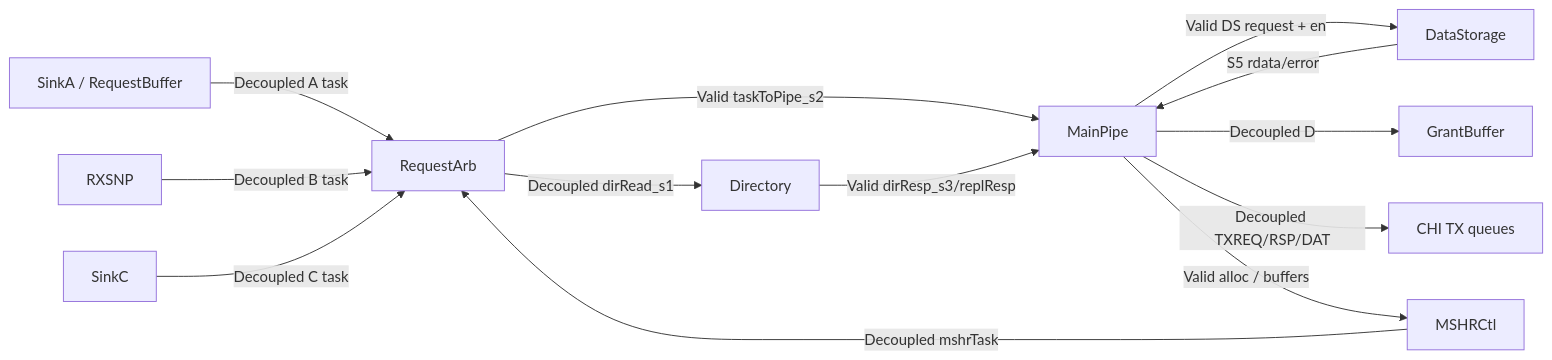
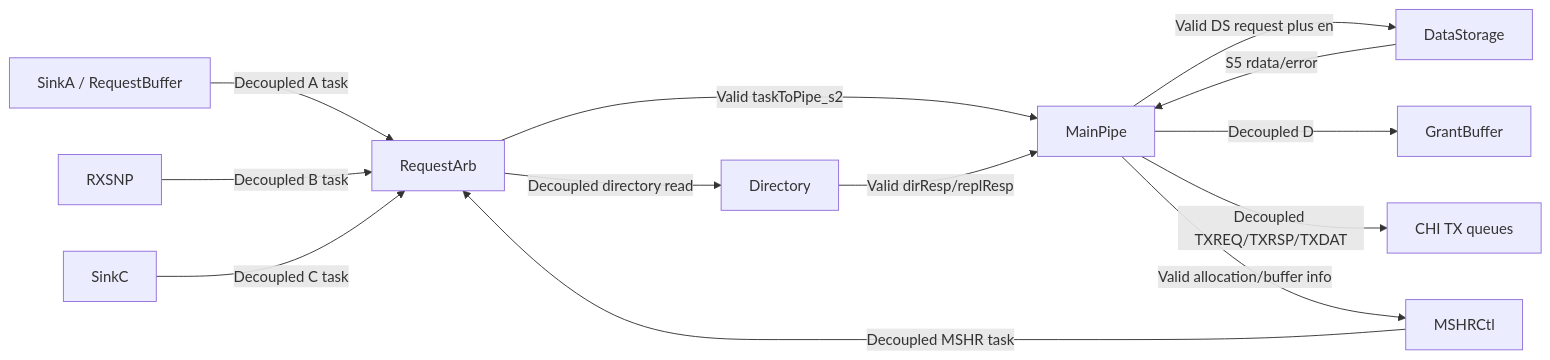
Before and after one commit to OpenXiangShan/XiangShanLab: the second of 2 diagrams in xiangshan-course/docs-en/4-xiangshan-microarchitecture-analysis/3-xiangshan-source-code-analysis/cache/Cache-MainPipe.md, drawn with Mermaid. The commit also changed other lines of this file and 176 other files, not shown here.

````diff
--- a/xiangshan-course/docs-en/4-xiangshan-microarchitecture-analysis/3-xiangshan-source-code-analysis/cache/Cache-MainPipe.md
+++ b/xiangshan-course/docs-en/4-xiangshan-microarchitecture-analysis/3-xiangshan-source-code-analysis/cache/Cache-MainPipe.md
@@ -113,15 +585,15 @@
-~~~mermaid
+```mermaid
 flowchart LR
   SA[SinkA / RequestBuffer] -->|Decoupled A task| RA[RequestArb]
   SB[RXSNP] -->|Decoupled B task| RA
   SC[SinkC] -->|Decoupled C task| RA
-  MC[MSHRCtl] -->|Decoupled mshrTask| RA
+  MC[MSHRCtl] -->|Decoupled MSHR task| RA
   RA -->|Valid taskToPipe_s2| MP[MainPipe]
-  RA -->|Decoupled dirRead_s1| DIR[Directory]
-  DIR -->|Valid dirResp_s3/replResp| MP
-  MP -->|Valid DS request + en| DS[DataStorage]
+  RA -->|Decoupled directory read| DIR[Directory]
+  DIR -->|Valid dirResp/replResp| MP
+  MP -->|Valid DS request plus en| DS[DataStorage]
   DS -->|S5 rdata/error| MP
   MP -->|Decoupled D| GB[GrantBuffer]
-  MP -->|Decoupled TXREQ/RSP/DAT| TX[CHI TX queues]
-  MP -->|Valid alloc / buffers| MC
-~~~
+  MP -->|Decoupled TXREQ/TXRSP/TXDAT| TX[CHI TX queues]
+  MP -->|Valid allocation/buffer info| MC
+```
````
